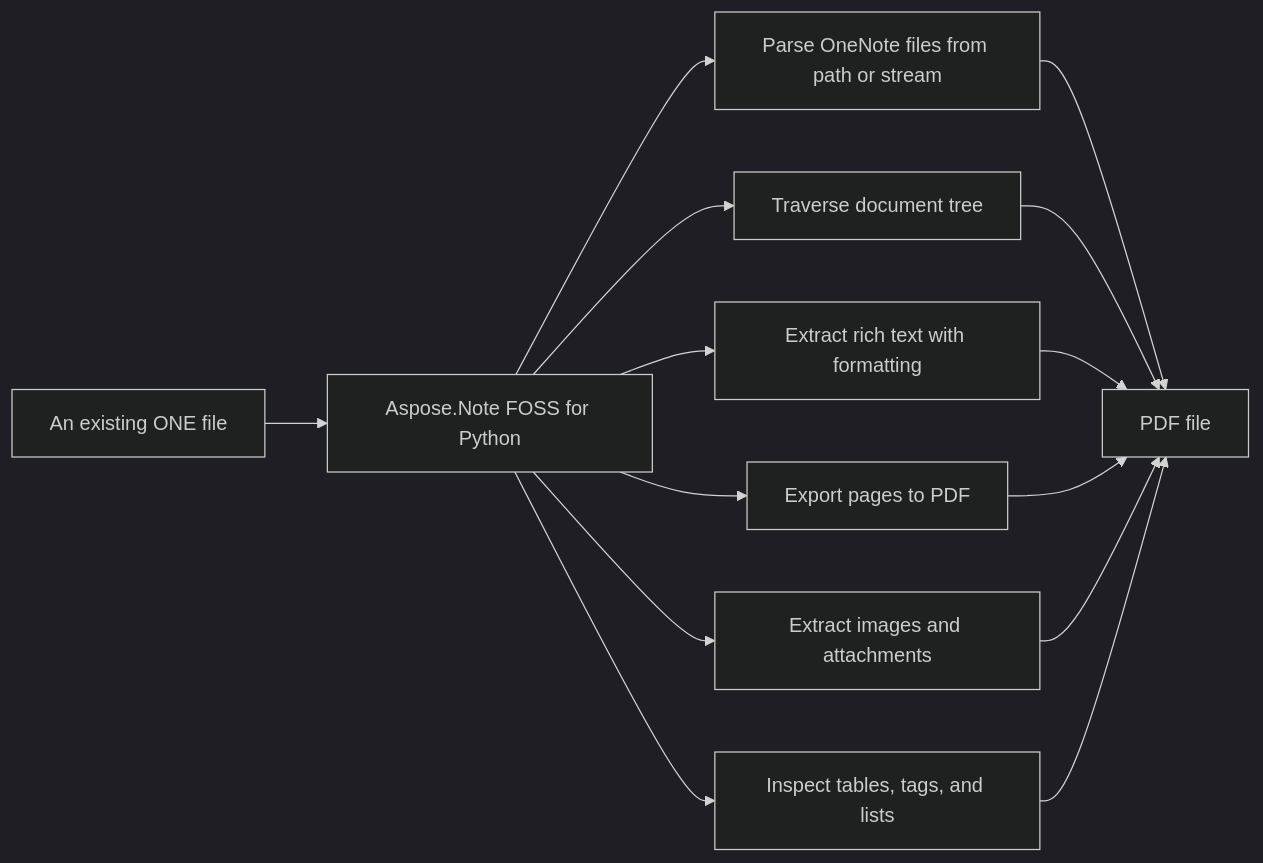
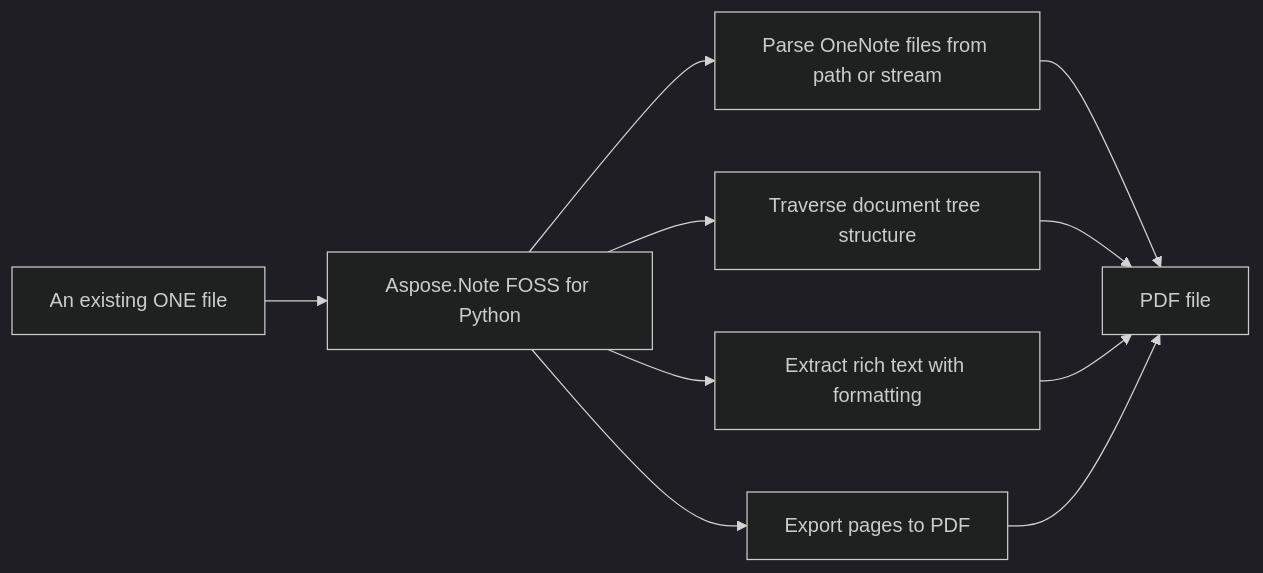
Before and after one commit to babar-raza/repo-presenter: the diagram in 0fd1cf7bcadb279a6dd73ddcba3d5241376badd3/README.md, drawn with Mermaid (dark theme). The commit also changed other lines of this file and 11 other files, not shown here.

Commit message:
bundle: aspose-note-foss/Aspose.Note-FOSS-for-Python lane R 0fd1cf7bcadb279a6dd73ddcba3d5241376badd3

````diff
--- a/0fd1cf7bcadb279a6dd73ddcba3d5241376badd3/README.md
+++ b/0fd1cf7bcadb279a6dd73ddcba3d5241376badd3/README.md
@@ -26,22 +26,16 @@
 ```mermaid
 flowchart LR
 Start["An existing ONE file"]
 Start --> Product["Aspose.Note FOSS for Python"]
 Product["Aspose.Note FOSS for Python"] --> Cap1["Parse OneNote files from path or stream"]
-Cap2["Traverse document tree"]
+Cap2["Traverse document tree structure"]
 Cap3["Extract rich text with formatting"]
 Cap4["Export pages to PDF"]
-Cap5["Extract images and attachments"]
-Cap6["Inspect tables, tags, and lists"]
-Product["Aspose.Note FOSS for Python"] --> Cap2["Traverse document tree"]
+Product["Aspose.Note FOSS for Python"] --> Cap2["Traverse document tree structure"]
 Product["Aspose.Note FOSS for Python"] --> Cap3["Extract rich text with formatting"]
 Product["Aspose.Note FOSS for Python"] --> Cap4["Export pages to PDF"]
-Product["Aspose.Note FOSS for Python"] --> Cap5["Extract images and attachments"]
-Product["Aspose.Note FOSS for Python"] --> Cap6["Inspect tables, tags, and lists"]
 Cap1["Parse OneNote files from path or stream"] --> Output["PDF file"]
-Cap2["Traverse document tree"] --> Output["PDF file"]
+Cap2["Traverse document tree structure"] --> Output["PDF file"]
 Cap3["Extract rich text with formatting"] --> Output["PDF file"]
 Cap4["Export pages to PDF"] --> Output["PDF file"]
-Cap5["Extract images and attachments"] --> Output["PDF file"]
-Cap6["Inspect tables, tags, and lists"] --> Output["PDF file"]
 ```
````
